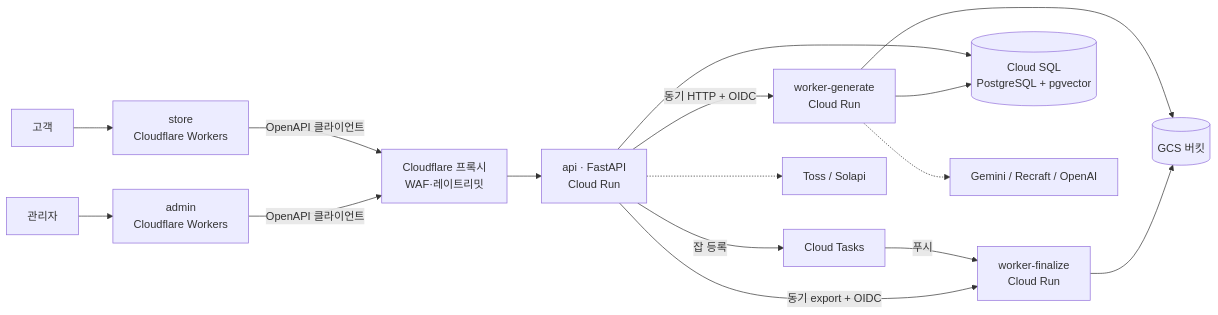
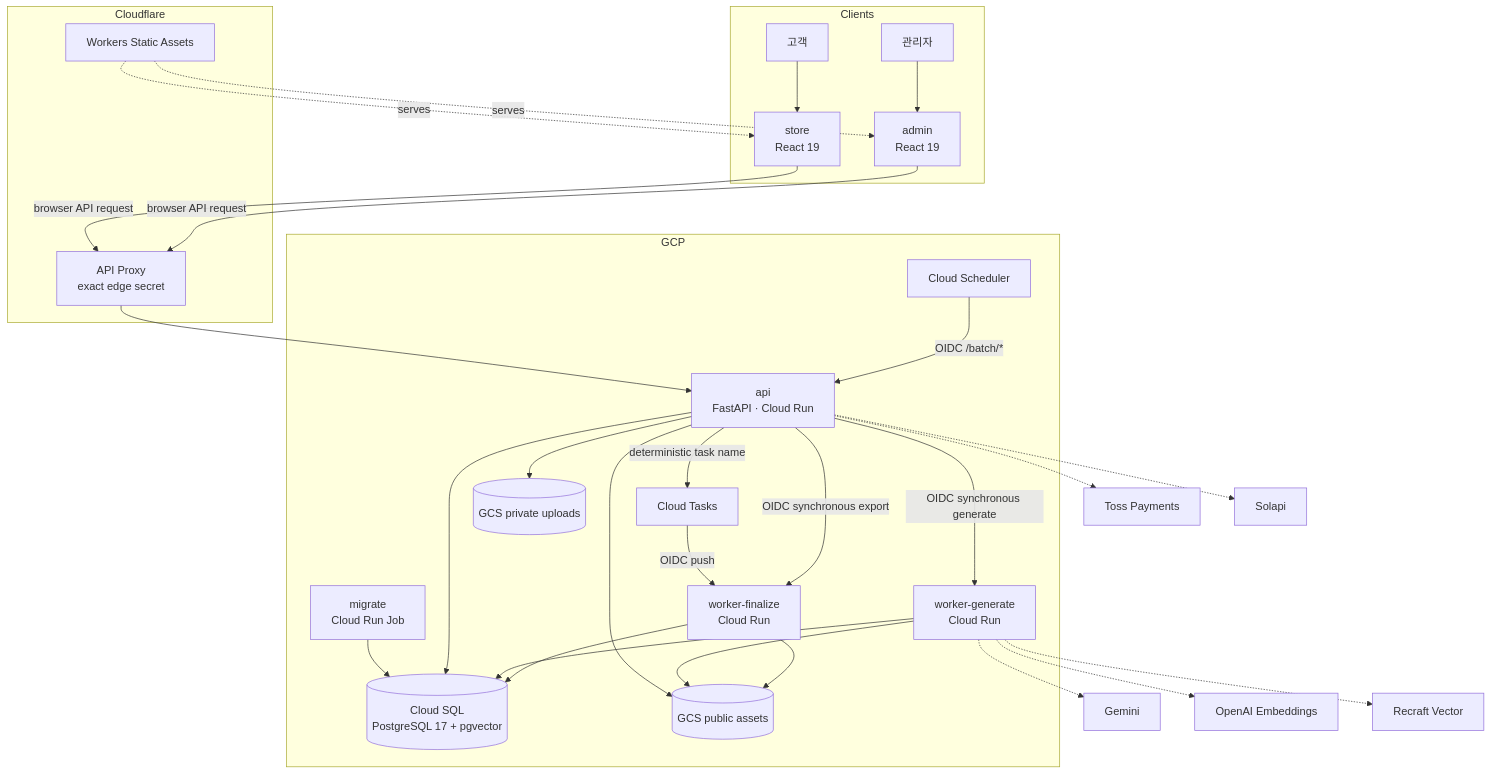
The first of 8 diagrams in ARCHITECTURE.md (Bongseop-Kim/essesion), drawn with Mermaid before and after one commit. The commit also changed other lines of this file and 9 other files, not shown here.

Commit message:
Document as-built architecture and project overview

````diff
--- a/ARCHITECTURE.md
+++ b/ARCHITECTURE.md
@@ -53,17 +87,53 @@
 ```mermaid
-graph LR
-    U[고객] --> ST[store<br/>Cloudflare Workers]
-    A[관리자] --> AD[admin<br/>Cloudflare Workers]
-    ST -->|OpenAPI 클라이언트| CF[Cloudflare 프록시<br/>WAF·레이트리밋]
-    AD -->|OpenAPI 클라이언트| CF
-    CF --> API[api · FastAPI<br/>Cloud Run]
-    API -->|동기 HTTP + OIDC| WG[worker-generate<br/>Cloud Run]
-    API -->|잡 등록| CT[Cloud Tasks] -->|푸시| WF[worker-finalize<br/>Cloud Run]
-    API -->|동기 export + OIDC| WF
-    API --> SQL[(Cloud SQL<br/>PostgreSQL + pgvector)]
-    WG --> SQL
-    WG --> GCS[(GCS 버킷)]
-    WF --> GCS
-    WG -.-> EXT[Gemini / Recraft / OpenAI]
-    API -.-> TOSS[Toss / Solapi]
+flowchart TB
+    subgraph Clients
+        Customer[고객]
+        Operator[관리자]
+        Store[store<br/>React 19]
+        Admin[admin<br/>React 19]
+        Customer --> Store
+        Operator --> Admin
+    end
+
+    subgraph Cloudflare
+        Static[Workers Static Assets]
+        Proxy[API Proxy<br/>exact edge secret]
+        Static -. serves .-> Store
+        Static -. serves .-> Admin
+        Store -->|browser API request| Proxy
+        Admin -->|browser API request| Proxy
+    end
+
+    subgraph GCP
+        API[api<br/>FastAPI · Cloud Run]
+        Generate[worker-generate<br/>Cloud Run]
+        Finalize[worker-finalize<br/>Cloud Run]
+        Tasks[Cloud Tasks]
+        Scheduler[Cloud Scheduler]
+        Migrate[migrate<br/>Cloud Run Job]
+        SQL[(Cloud SQL<br/>PostgreSQL 17 + pgvector)]
+        Assets[(GCS public assets)]
+        Uploads[(GCS private uploads)]
+
+        Proxy --> API
+        API -->|OIDC synchronous generate| Generate
+        API -->|deterministic task name| Tasks
+        Tasks -->|OIDC push| Finalize
+        API -->|OIDC synchronous export| Finalize
+        Scheduler -->|OIDC /batch/*| API
+        Migrate --> SQL
+        API --> SQL
+        Generate --> SQL
+        Finalize --> SQL
+        API --> Assets
+        API --> Uploads
+        Generate --> Assets
+        Finalize --> Assets
+    end
+
+    Generate -.-> Gemini[Gemini]
+    Generate -.-> Embedding[OpenAI Embeddings]
+    Generate -.-> Recraft[Recraft Vector]
+    API -.-> Toss[Toss Payments]
+    API -.-> Solapi[Solapi]
 ```
````
